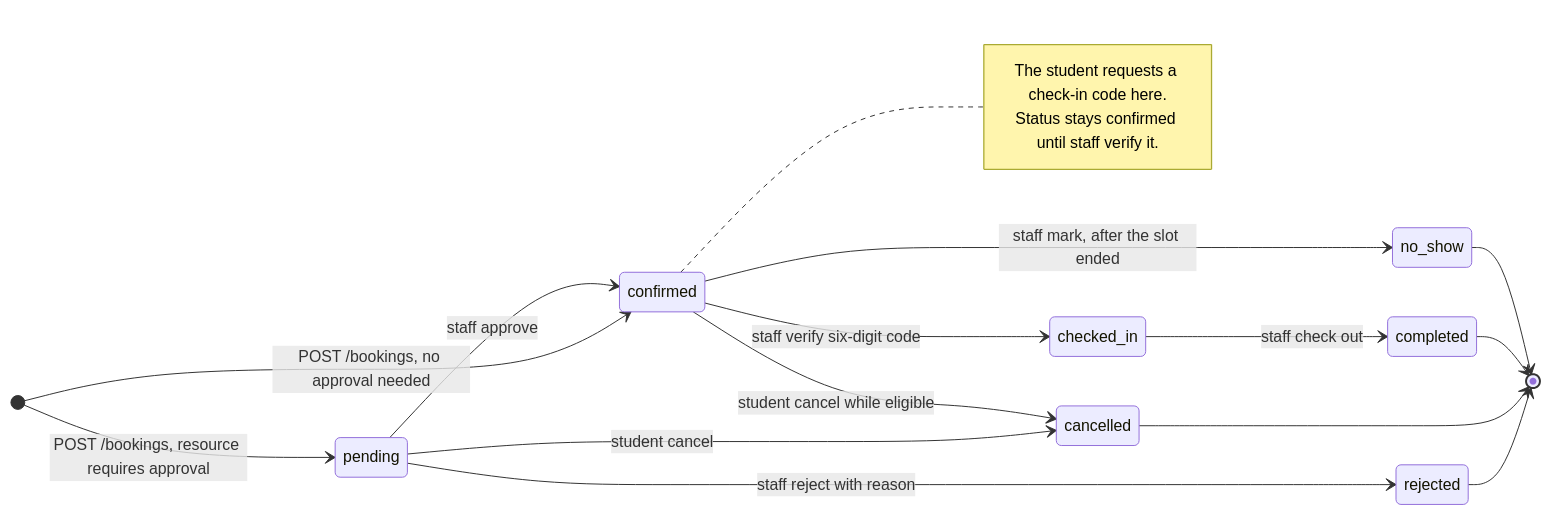
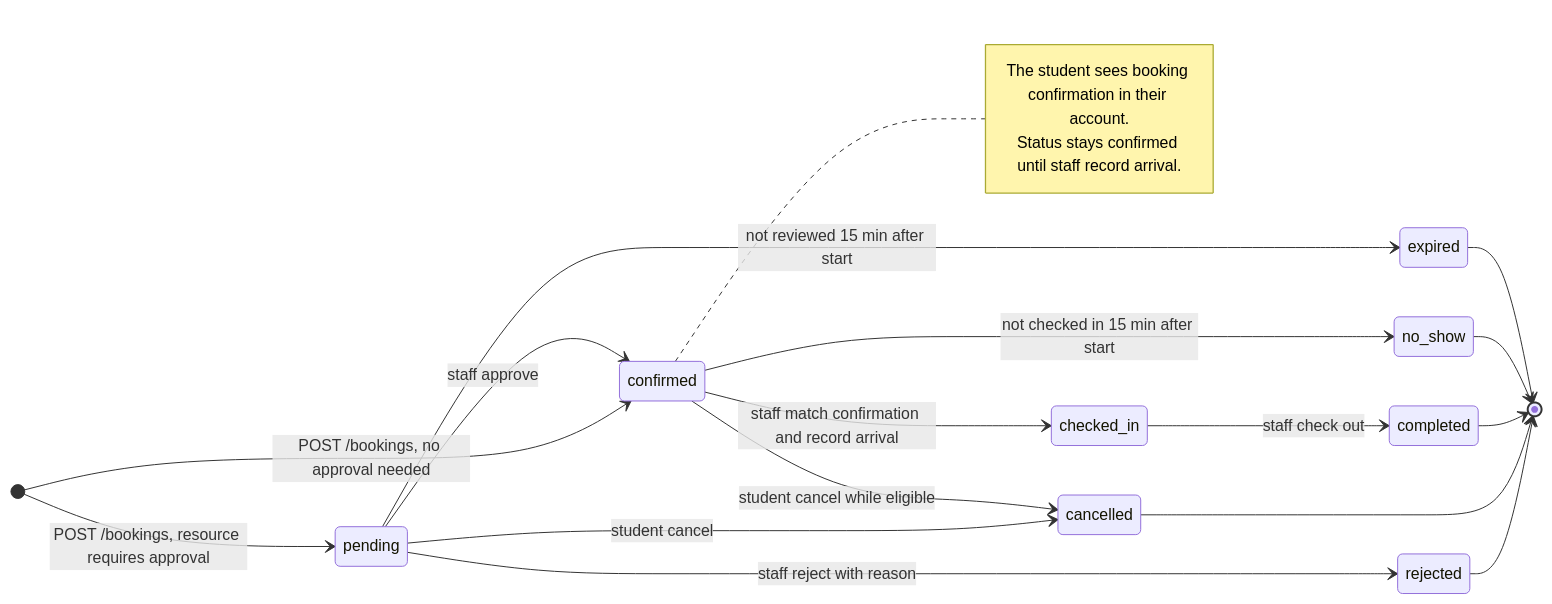
One commit to Nam-Antoine/campus-resource-booking changed the fourth of 10 diagrams in docs/ARCHITECTURE.md. Above: the diagram before and after it, drawn with Mermaid. The commit also changed other lines of this file and 83 other files, not shown here.

First line of the commit message:
Replace check-in codes with staff-confirmed booking details (#44)

````diff
--- a/docs/ARCHITECTURE.md
+++ b/docs/ARCHITECTURE.md
@@ -174,26 +177,28 @@
 ```mermaid
 stateDiagram-v2
     direction LR
     [*] --> pending: POST /bookings, resource requires approval
     [*] --> confirmed: POST /bookings, no approval needed
 
     pending --> confirmed: staff approve
     pending --> rejected: staff reject with reason
     pending --> cancelled: student cancel
+    pending --> expired: not reviewed 15 min after start
 
-    confirmed --> checked_in: staff verify six-digit code
-    confirmed --> no_show: staff mark, after the slot ended
+    confirmed --> checked_in: staff match confirmation and record arrival
+    confirmed --> no_show: not checked in 15 min after start
     confirmed --> cancelled: student cancel while eligible
 
     checked_in --> completed: staff check out
 
     rejected --> [*]
     cancelled --> [*]
     completed --> [*]
     no_show --> [*]
+    expired --> [*]
 
     note right of confirmed
-        The student requests a check-in code here.
-        Status stays confirmed until staff verify it.
+        The student sees booking confirmation in their account.
+        Status stays confirmed until staff record arrival.
     end note
 ```
````
